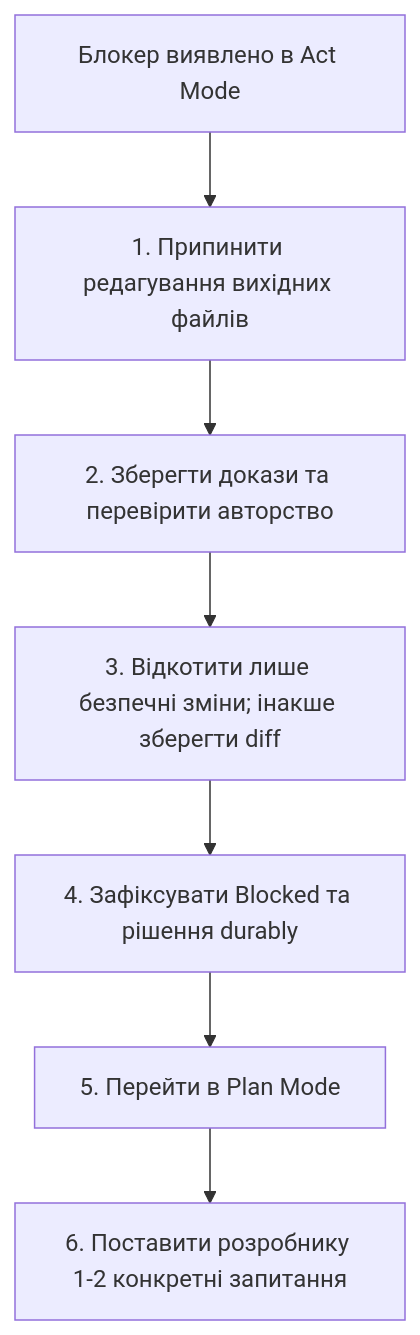
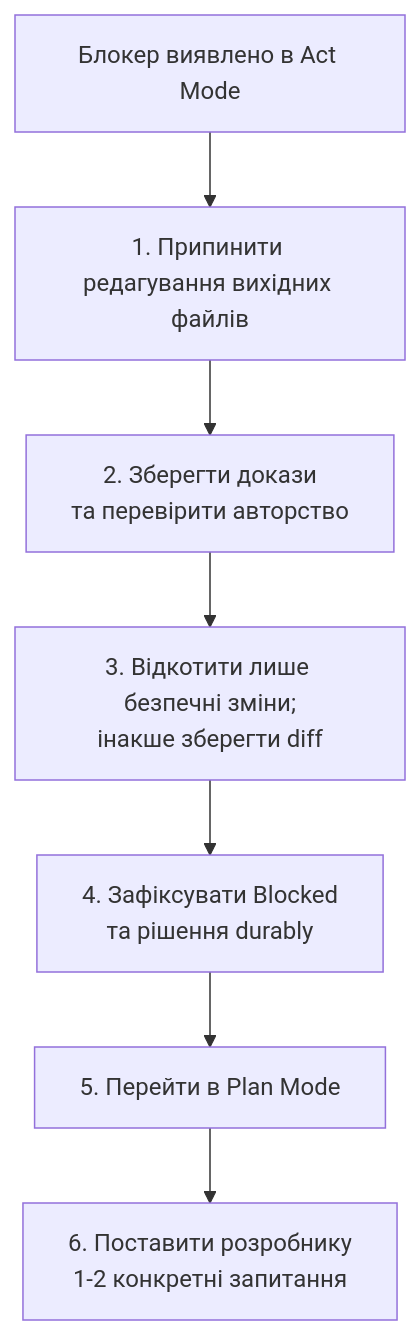
The diagram in MemBankRulesUkr.md (AlexDubel/AIMemBankAndCDIP-tmpl), drawn with Mermaid before and after one commit. The commit also changed 5 other files, not shown here.

Commit message:
Update READMEs and specifications: add flags, wrap Mermaid diagrams, expand documentation

````diff
--- a/MemBankRulesUkr.md
+++ b/MemBankRulesUkr.md
@@ -879,9 +879,9 @@
 ```mermaid
 flowchart TD
     A["Блокер виявлено в Act Mode"] --> B["1. Припинити редагування вихідних файлів"]
-    B --> C["2. Зберегти докази та перевірити авторство"]
-    C --> D["3. Відкотити лише безпечні зміни; інакше зберегти diff"]
-    D --> E["4. Зафіксувати Blocked та рішення durably"]
+    B --> C["2. Зберегти докази<br/>та перевірити авторство"]
+    C --> D["3. Відкотити лише безпечні зміни;<br/>інакше зберегти diff"]
+    D --> E["4. Зафіксувати Blocked<br/>та рішення durably"]
     E --> F["5. Перейти в Plan Mode"]
-    F --> G["6. Поставити розробнику 1-2 конкретні запитання"]
+    F --> G["6. Поставити розробнику<br/>1-2 конкретні запитання"]
 ```
````
